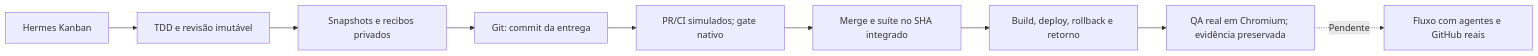
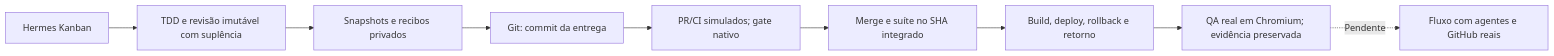
One commit to codifydeep/fabriquinha changed the first of 9 diagrams in README.md. Above: the diagram before and after it, drawn with Mermaid. The commit also changed other lines of this file and 15 other files, not shown here.

````diff
--- a/README.md
+++ b/README.md
@@ -22,11 +25,11 @@
 ```mermaid
 flowchart LR
-    K[Hermes Kanban] --> T[TDD e revisão imutável]
+    K[Hermes Kanban] --> T[TDD e revisão imutável com suplência]
     T --> S[Snapshots e recibos privados]
     S --> G[Git: commit da entrega]
     G --> P[PR/CI simulados; gate nativo]
     P --> M[Merge e suíte no SHA integrado]
     M --> D[Build, deploy, rollback e retorno]
     D --> Q[QA real em Chromium; evidência preservada]
     Q -. Pendente .-> A[Fluxo com agentes e GitHub reais]
 ```
````
